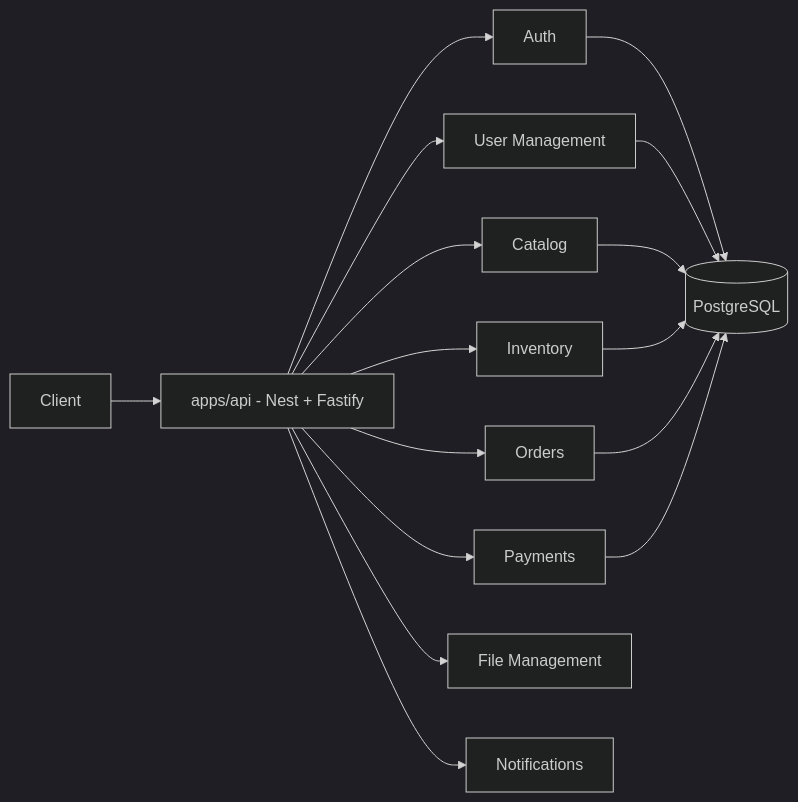
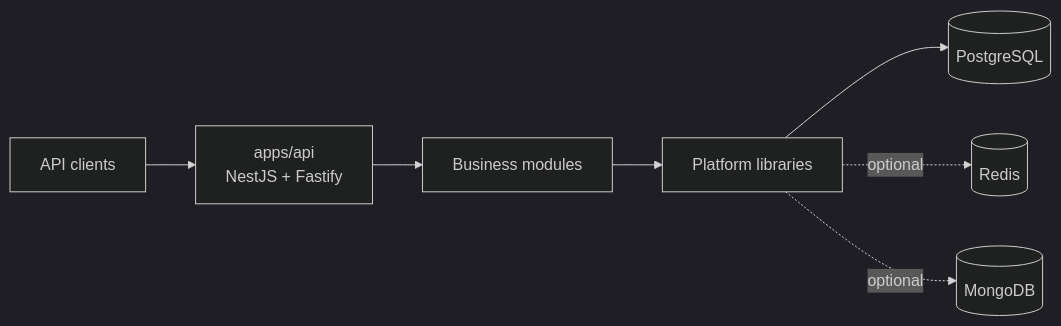
The first of 2 diagrams in docs/ARCHITECTURE.md (shiladityamajumder/healthcare-platform-nest-js), drawn with Mermaid (dark theme) before and after one commit. The commit also changed other lines of this file and 209 other files, not shown here.

````diff
--- a/docs/ARCHITECTURE.md
+++ b/docs/ARCHITECTURE.md
@@ -7,18 +7,9 @@
 ```mermaid
 flowchart LR
-  Client --> API[apps/api - Nest + Fastify]
-  API --> Auth[Auth]
-  API --> Users[User Management]
-  API --> Catalog[Catalog]
-  API --> Inventory[Inventory]
-  API --> Orders[Orders]
-  API --> Payments[Payments]
-  API --> Files[File Management]
-  API --> Notify[Notifications]
-  Auth --> DB[(PostgreSQL)]
-  Users --> DB
-  Catalog --> DB
-  Inventory --> DB
-  Orders --> DB
-  Payments --> DB
+  Client[API clients] --> API[apps/api\nNestJS + Fastify]
+  API --> Business[Business modules]
+  Business --> Platform[Platform libraries]
+  Platform --> Postgres[(PostgreSQL)]
+  Platform -. optional .-> Redis[(Redis)]
+  Platform -. optional .-> Mongo[(MongoDB)]
 ```
````
